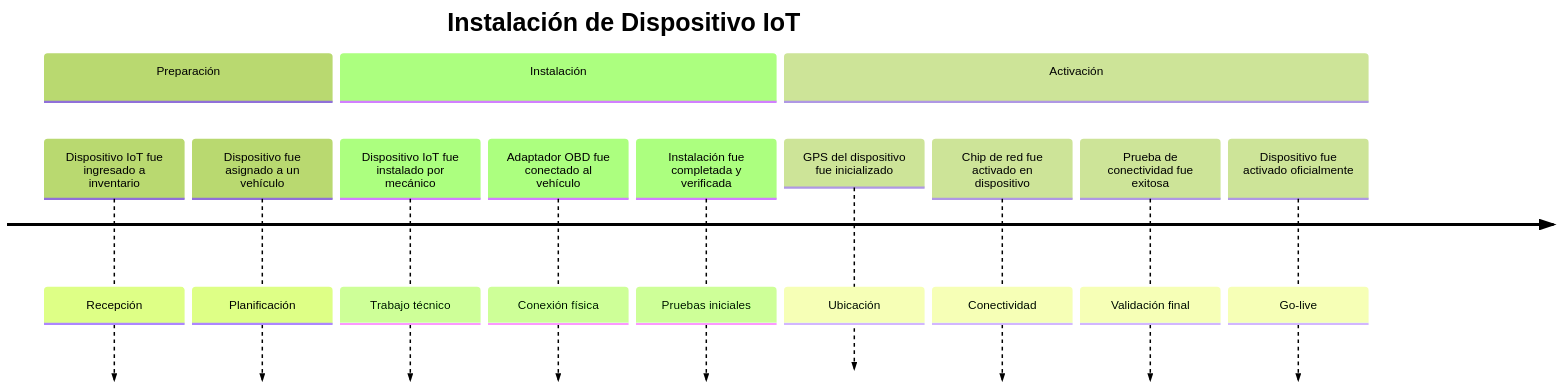
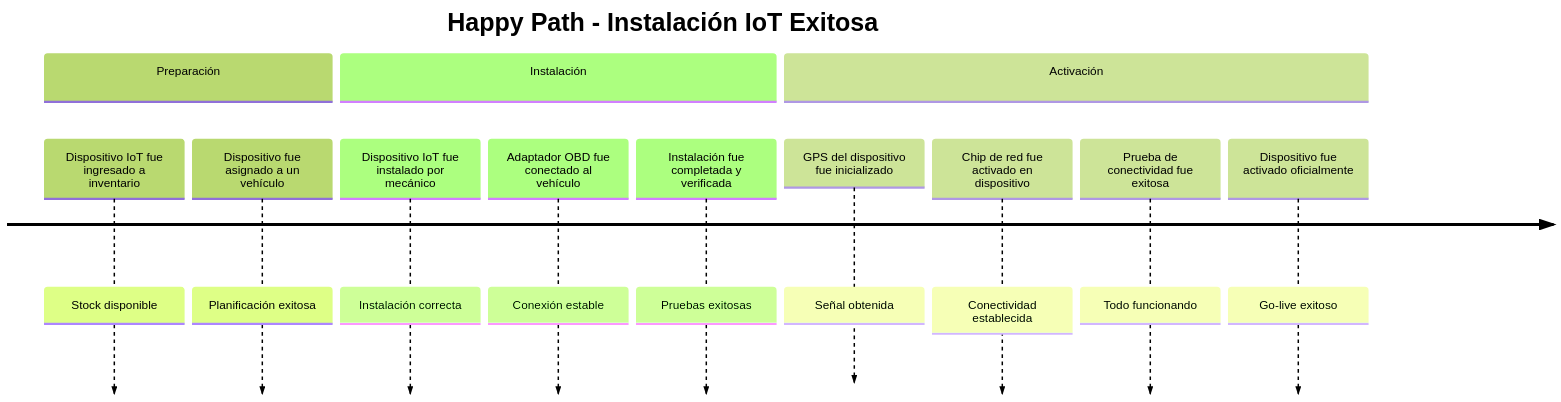
Before and after one commit to JanoverSaldana/arbol-decisiones-tracker-mobility: the third of 13 diagrams in eventstorming-step2-timeline-organization.md, drawn with Mermaid (forest theme). The commit also changed other lines of this file, not shown here.

````diff
--- a/eventstorming-step2-timeline-organization.md
+++ b/eventstorming-step2-timeline-organization.md
@@ -42,19 +85,19 @@
 ```mermaid
 timeline
-    title Instalación de Dispositivo IoT
+    title Happy Path - Instalación IoT Exitosa
     
     section Preparación
-        Dispositivo IoT fue ingresado a inventario : Recepción
-        Dispositivo fue asignado a un vehículo : Planificación
+        Dispositivo IoT fue ingresado a inventario : Stock disponible
+        Dispositivo fue asignado a un vehículo : Planificación exitosa
         
     section Instalación
-        Dispositivo IoT fue instalado por mecánico : Trabajo técnico
-        Adaptador OBD fue conectado al vehículo : Conexión física
-        Instalación fue completada y verificada : Pruebas iniciales
+        Dispositivo IoT fue instalado por mecánico : Instalación correcta
+        Adaptador OBD fue conectado al vehículo : Conexión estable
+        Instalación fue completada y verificada : Pruebas exitosas
         
     section Activación
-        GPS del dispositivo fue inicializado : Ubicación
-        Chip de red fue activado en dispositivo : Conectividad
-        Prueba de conectividad fue exitosa : Validación final
-        Dispositivo fue activado oficialmente : Go-live
+        GPS del dispositivo fue inicializado : Señal obtenida
+        Chip de red fue activado en dispositivo : Conectividad establecida
+        Prueba de conectividad fue exitosa : Todo funcionando
+        Dispositivo fue activado oficialmente : Go-live exitoso
 ```
````
